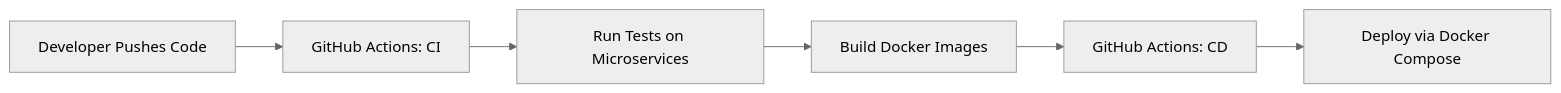
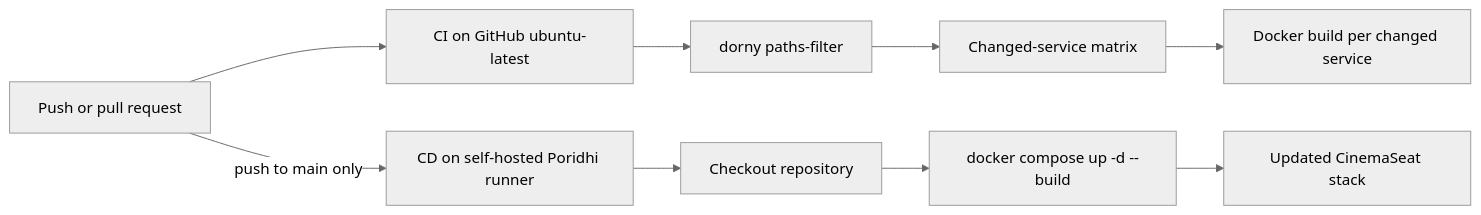
The diagram in docs/pipeline-diagram.md (tawhidislam22/CinemaSeat-backend), drawn with Mermaid (neutral theme) before and after one commit. The commit also changed other lines of this file and 13 other files, not shown here.

````diff
--- a/docs/pipeline-diagram.md
+++ b/docs/pipeline-diagram.md
@@ -3,8 +3,12 @@
 ```mermaid
-graph LR
-    Push[Developer Pushes Code] --> CI[GitHub Actions: CI]
-    CI --> Test[Run Tests on Microservices]
-    Test --> Build[Build Docker Images]
-    Build --> CD[GitHub Actions: CD]
-    CD --> Deploy[Deploy via Docker Compose]
+flowchart LR
+    Change[Push or pull request] --> CI[CI on GitHub ubuntu-latest]
+    CI --> Filter[dorny paths-filter]
+    Filter --> Matrix[Changed-service matrix]
+    Matrix --> Builds[Docker build per changed service]
+
+    Change -->|push to main only| CD[CD on self-hosted Poridhi runner]
+    CD --> Checkout[Checkout repository]
+    Checkout --> Compose[docker compose up -d --build]
+    Compose --> Live[Updated CinemaSeat stack]
 ```
````
